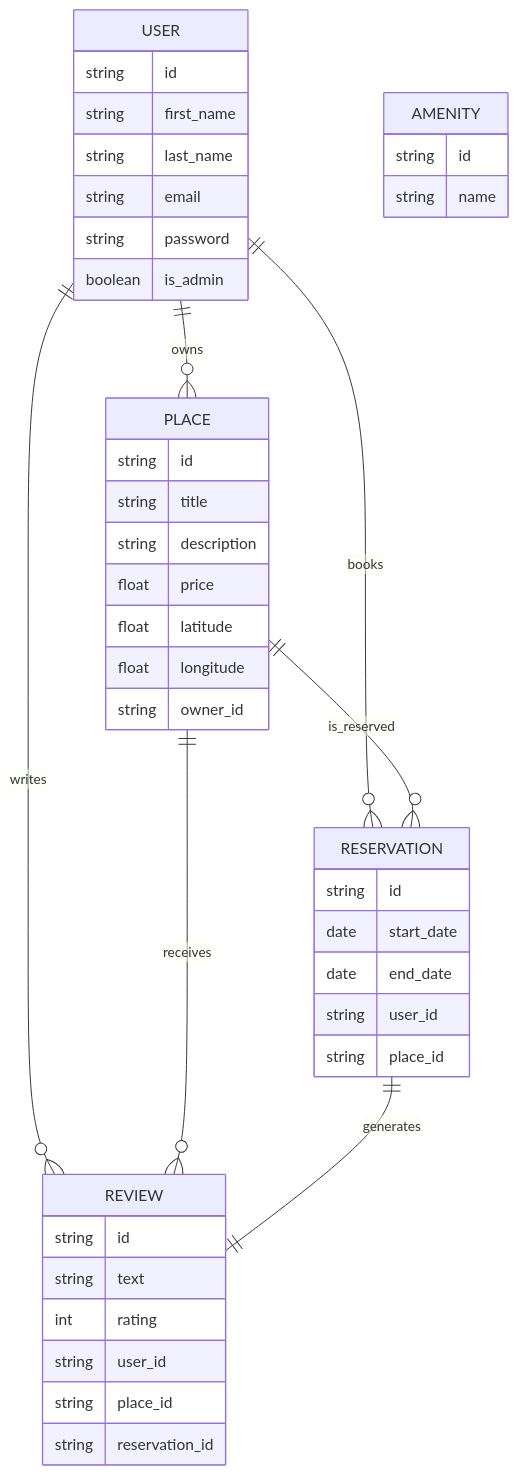
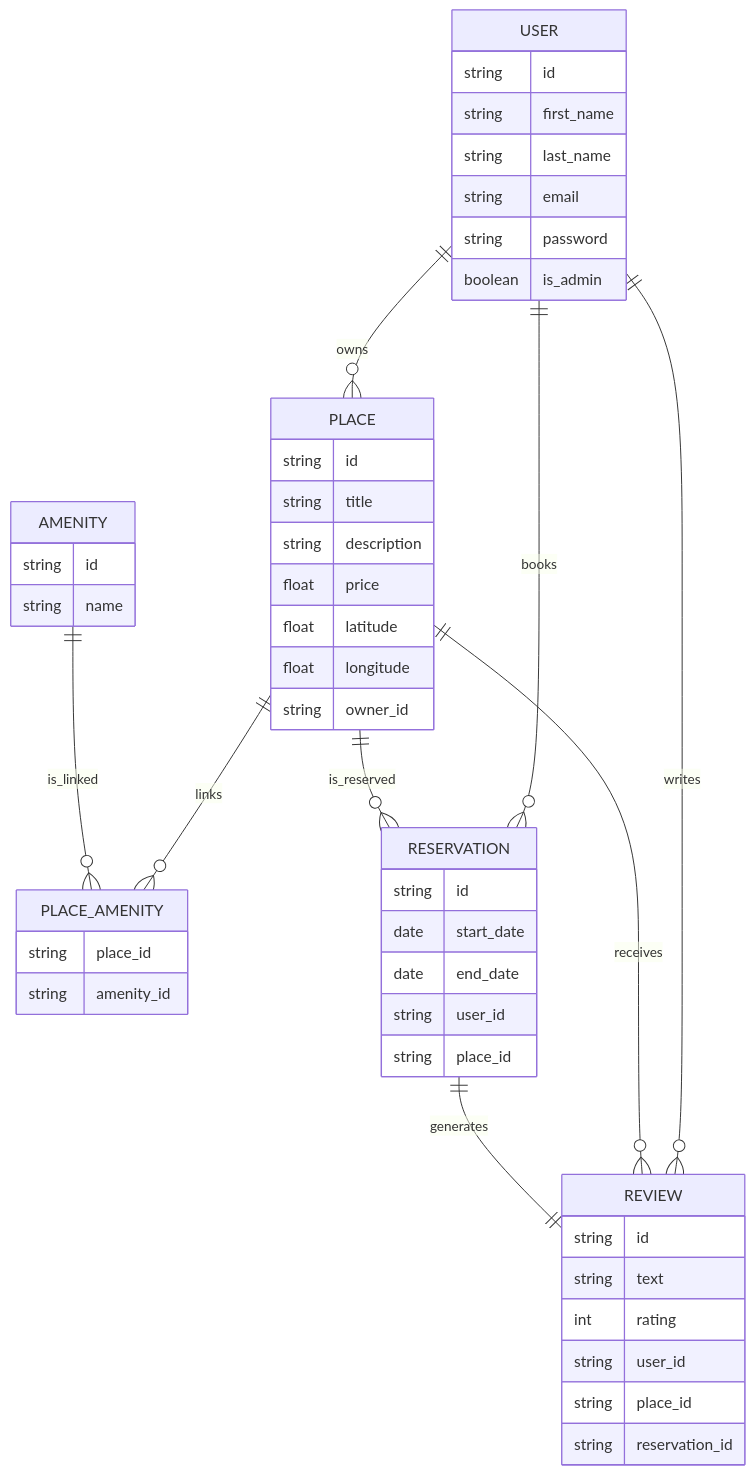
Before and after one commit to Ravou/holbertonschool-hbnb: the diagram in part3/app/persistence/diagramER.md, drawn with Mermaid.

Commit message:
add place_amenity

````diff
--- a/part3/app/persistence/diagramER.md
+++ b/part3/app/persistence/diagramER.md
@@ -1,54 +1,62 @@
 ```mermaid
 erDiagram
     USER {
         string id
         string first_name
         string last_name
         string email
         string password
         boolean is_admin
     }
 
     PLACE {
         string id
         string title
         string description
         float price
         float latitude
         float longitude
         string owner_id
     }
 
     REVIEW {
         string id
         string text
         int rating
         string user_id
         string place_id
         string reservation_id
     }
 
     AMENITY {
         string id
         string name
     }
+    
+    PLACE_AMENITY {
+        string place_id
+        string amenity_id
+    }
 
     RESERVATION {
         string id
         date start_date
         date end_date
         string user_id
         string place_id
     }
 
     %% Relations
     USER ||--o{ PLACE : owns
     USER ||--o{ REVIEW : writes
     USER ||--o{ RESERVATION : books
 
     PLACE ||--o{ REVIEW : receives
     PLACE ||--o{ RESERVATION : is_reserved
+    PLACE ||--o{ PLACE_AMENITY : links
+
+    AMENITY ||--o{ PLACE_AMENITY : is_linked
 
     RESERVATION ||--|| REVIEW : generates
 
 ```
````
